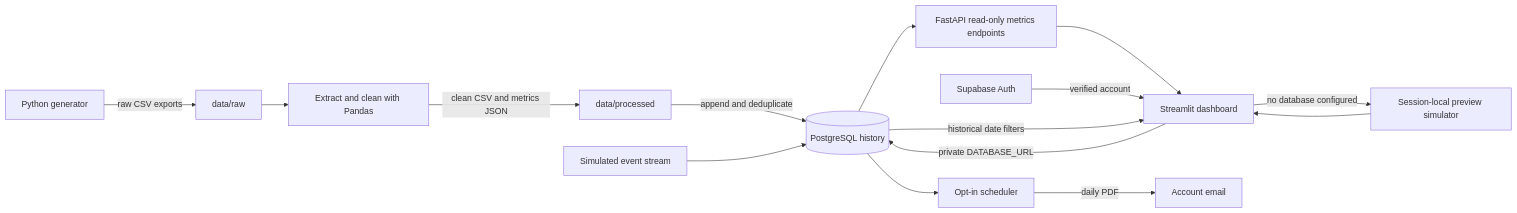
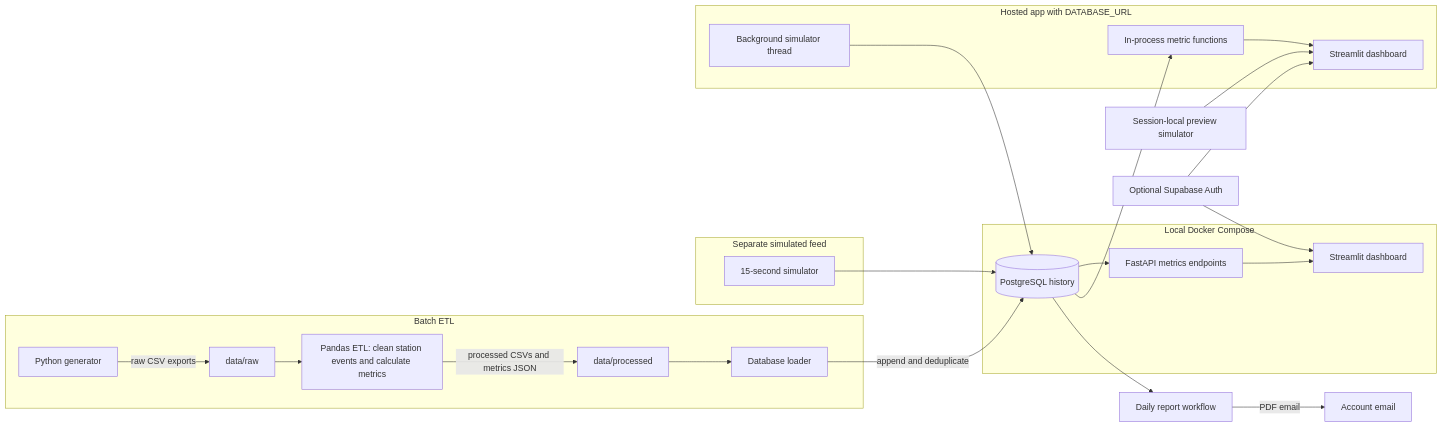
The diagram in docs/architecture.md (satkmsk9618/assembly-line-data-pipeline), drawn with Mermaid before and after one commit. The commit also changed other lines of this file and 1 other file, not shown here.

Commit message:
Clarify pipeline architecture diagrams

````diff
--- a/docs/architecture.md
+++ b/docs/architecture.md
@@ -3,17 +3,28 @@
 ```mermaid
 flowchart LR
-  A[Python generator] -->|raw CSV exports| B[data/raw]
-  B --> C[Extract and clean with Pandas]
-  C -->|clean CSV and metrics JSON| D[data/processed]
-  D -->|append and deduplicate| E[(PostgreSQL history)]
-  H[Simulated event stream] --> E
-  E --> F[FastAPI read-only metrics endpoints]
-  F --> G[Streamlit dashboard]
-  G -->|no database configured| H2[Session-local preview simulator]
-  H2 --> G
-  I[Supabase Auth] -->|verified account| G
-  G -->|private DATABASE_URL| E
-  E -->|historical date filters| G
-  E --> J[Opt-in scheduler]
-  J -->|daily PDF| K[Account email]
+  subgraph Batch[Batch ETL]
+    A[Python generator] -->|raw CSV exports| B[data/raw]
+    B --> C[Pandas ETL: clean station events and calculate metrics]
+    C -->|processed CSVs and metrics JSON| D[data/processed]
+    D --> L[Database loader]
+  end
+  subgraph Feed[Separate simulated feed]
+    H[15-second simulator]
+  end
+  L -->|append and deduplicate| E[(PostgreSQL history)]
+  H --> E
+  subgraph Local[Local Docker Compose]
+    E --> F[FastAPI metrics endpoints]
+    F --> G[Streamlit dashboard]
+  end
+  subgraph Hosted[Hosted app with DATABASE_URL]
+    E --> M[In-process metric functions]
+    M --> N[Streamlit dashboard]
+    O[Background simulator thread] --> E
+  end
+  P[Session-local preview simulator] --> N
+  Q[Optional Supabase Auth] --> G
+  Q --> N
+  E --> J[Daily report workflow]
+  J -->|PDF email| K[Account email]
 ```
````
